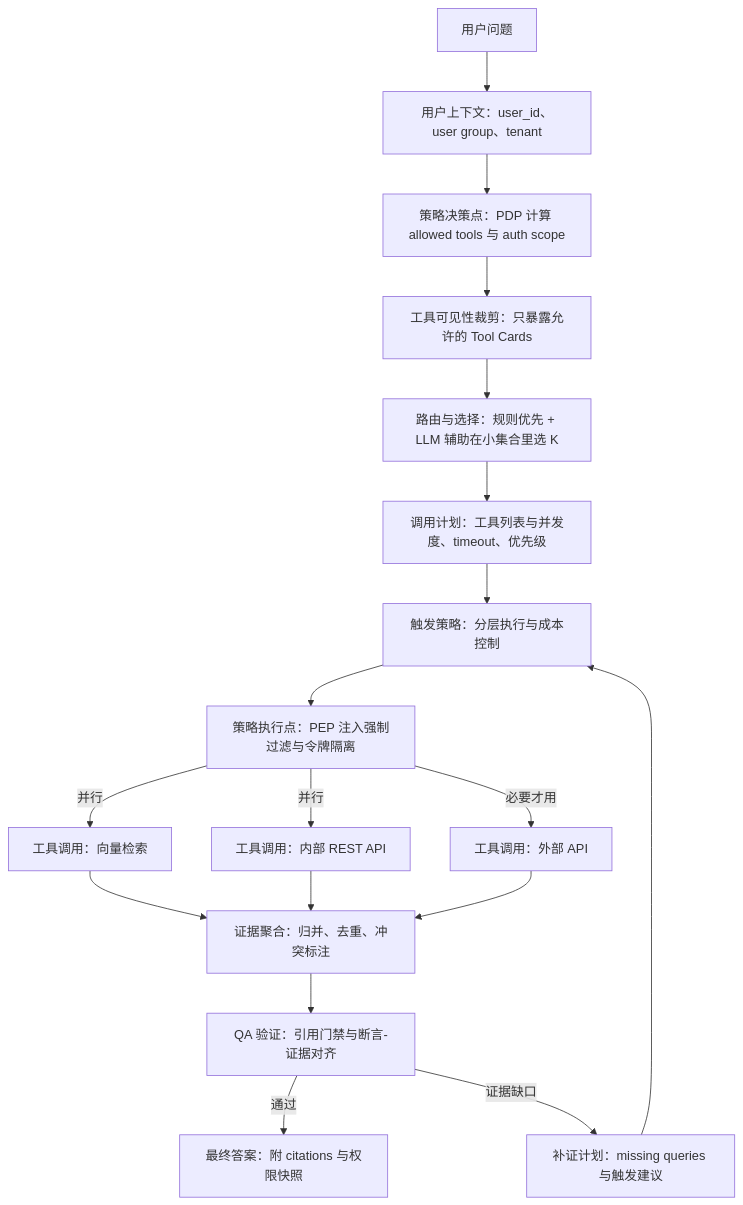
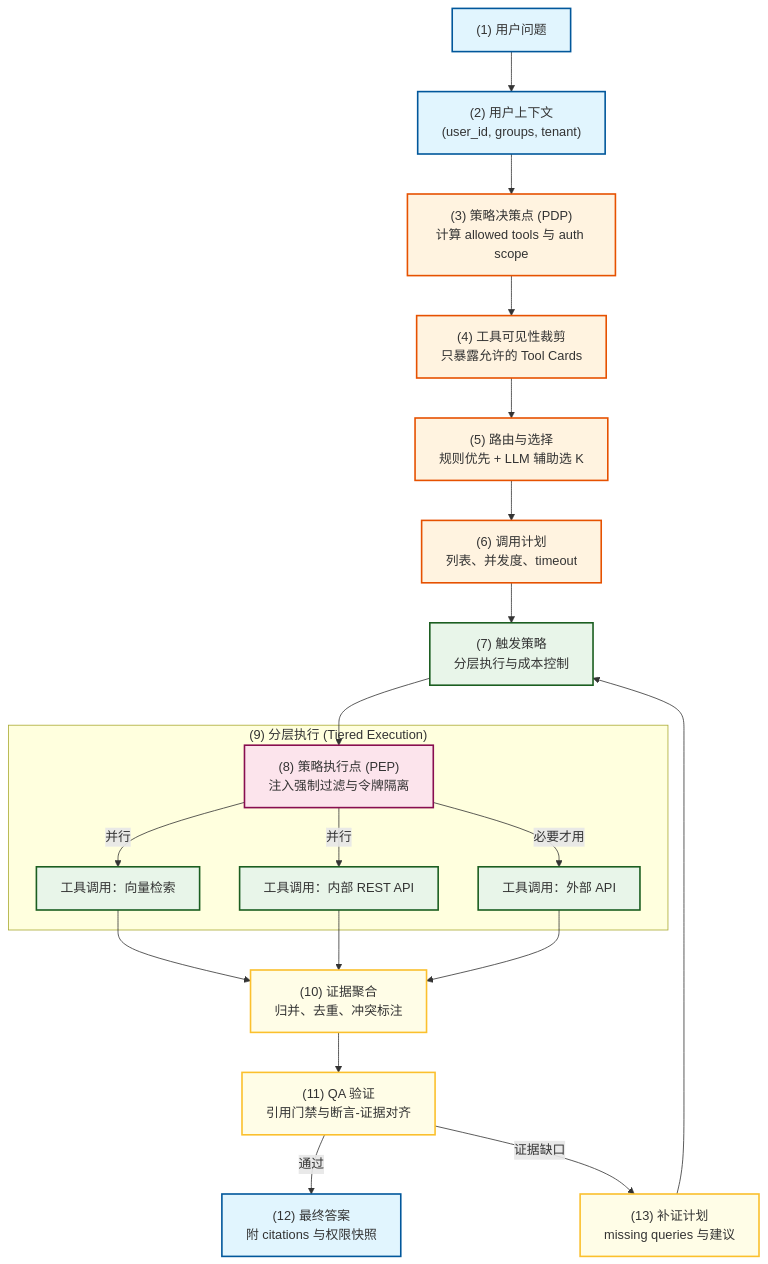
Before and after one commit to cute-spring/opencode-notes: diagram 20 of 35 in docs/arch/enterprise-agentic-rag.md, drawn with Mermaid. The commit also changed other lines of this file and 2 other files, not shown here.

````diff
--- a/docs/arch/enterprise-agentic-rag.md
+++ b/docs/arch/enterprise-agentic-rag.md
@@ -797,20 +1622,32 @@
 ```mermaid
 flowchart TD
-  U["用户问题"] --> C["用户上下文：user_id、user group、tenant"]
-  C --> PDP["策略决策点：PDP 计算 allowed tools 与 auth scope"]
-  PDP --> V["工具可见性裁剪：只暴露允许的 Tool Cards"]
-  V --> R["路由与选择：规则优先 + LLM 辅助在小集合里选 K"]
-  R --> P["调用计划：工具列表与并发度、timeout、优先级"]
-  P --> A["触发策略：分层执行与成本控制"]
-  A --> PEP["策略执行点：PEP 注入强制过滤与令牌隔离"]
-  PEP -->|"并行"| T1["工具调用：向量检索"]
-  PEP -->|"并行"| T2["工具调用：内部 REST API"]
-  PEP -->|"必要才用"| T3["工具调用：外部 API"]
-  T1 --> E["证据聚合：归并、去重、冲突标注"]
-  T2 --> E
-  T3 --> E
-  E --> Q["QA 验证：引用门禁与断言-证据对齐"]
-  Q -->|"通过"| O["最终答案：附 citations 与权限快照"]
-  Q -->|"证据缺口"| M["补证计划：missing queries 与触发建议"]
-  M --> A
+    %% 样式定义
+    classDef user fill:#e1f5fe,stroke:#01579b,stroke-width:2px;
+    classDef control fill:#fff3e0,stroke:#e65100,stroke-width:2px;
+    classDef execution fill:#e8f5e9,stroke:#1b5e20,stroke-width:2px;
+    classDef validation fill:#fffde7,stroke:#fbc02d,stroke-width:2px;
+    classDef security fill:#fce4ec,stroke:#880e4f,stroke-width:2px;
+
+    U["(1) 用户问题"]:::user --> C["(2) 用户上下文<br/>(user_id, groups, tenant)"]:::user
+    C --> PDP["(3) 策略决策点 (PDP)<br/>计算 allowed tools 与 auth scope"]:::control
+    PDP --> V["(4) 工具可见性裁剪<br/>只暴露允许的 Tool Cards"]:::control
+    V --> R["(5) 路由与选择<br/>规则优先 + LLM 辅助选 K"]:::control
+    R --> P["(6) 调用计划<br/>列表、并发度、timeout"]:::control
+    P --> A["(7) 触发策略<br/>分层执行与成本控制"]:::execution
+    A --> PEP["(8) 策略执行点 (PEP)<br/>注入强制过滤与令牌隔离"]:::security
+    
+    subgraph Tool_Execution ["(9) 分层执行 (Tiered Execution)"]
+        PEP -->|"并行"| T1["工具调用：向量检索"]:::execution
+        PEP -->|"并行"| T2["工具调用：内部 REST API"]:::execution
+        PEP -->|"必要才用"| T3["工具调用：外部 API"]:::execution
+    end
+    
+    T1 --> E["(10) 证据聚合<br/>归并、去重、冲突标注"]:::validation
+    T2 --> E
+    T3 --> E
+    E --> Q["(11) QA 验证<br/>引用门禁与断言-证据对齐"]:::validation
+    
+    Q -->|"通过"| O["(12) 最终答案<br/>附 citations 与权限快照"]:::user
+    Q -->|"证据缺口"| M["(13) 补证计划<br/>missing queries 与建议"]:::validation
+    M --> A
 ```
````
